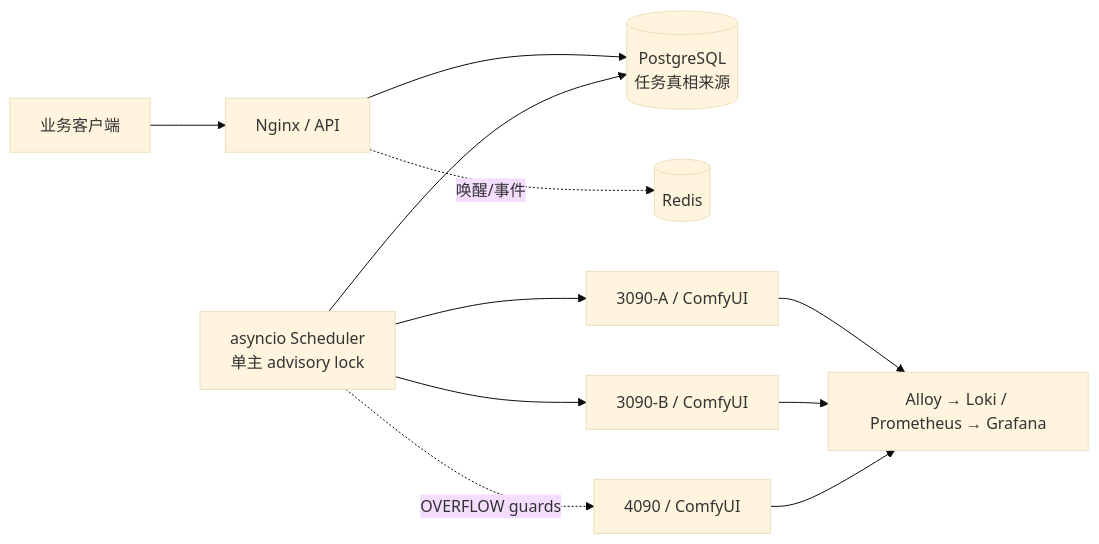
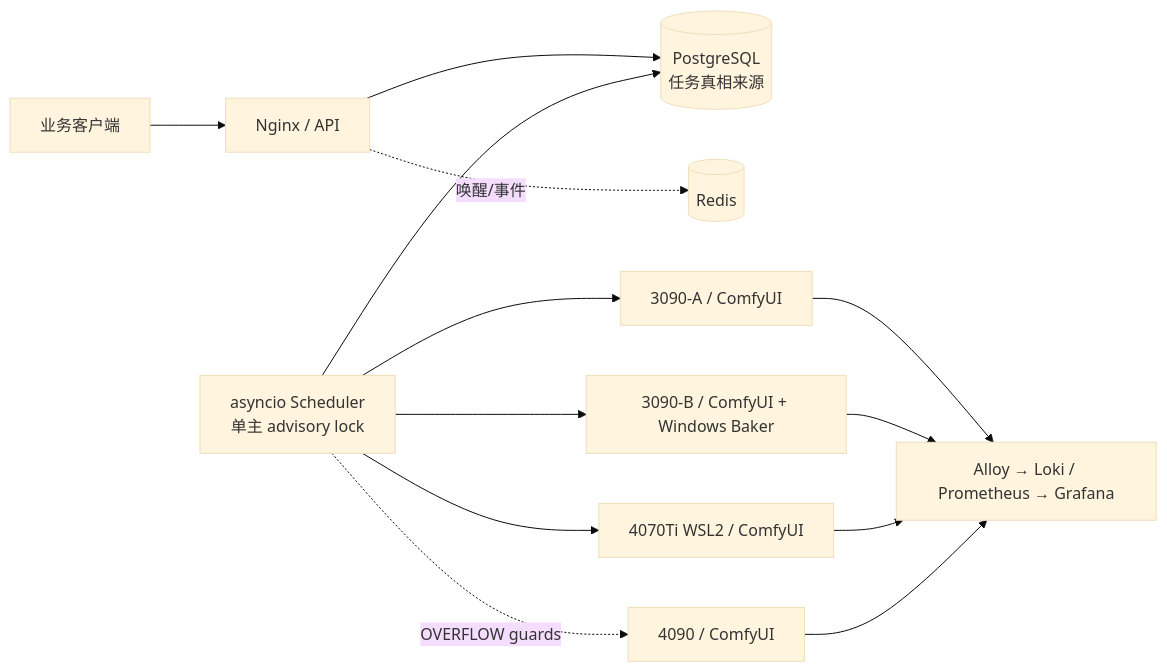
One commit to kiana0512/gpu_control changed the diagram in README.md. Above: the diagram before and after it, drawn with Mermaid (base theme). The commit also changed other lines of this file and 41 other files, not shown here.

````diff
--- a/README.md
+++ b/README.md
@@ -70,11 +69,12 @@
 ```mermaid
 flowchart LR
   C["业务客户端"] --> N["Nginx / API"]
   N --> P[("PostgreSQL\n任务真相来源")]
   N -.唤醒/事件.-> R[("Redis")]
   S["asyncio Scheduler\n单主 advisory lock"] --> P
   S --> A["3090-A / ComfyUI"]
-  S --> B["3090-B / ComfyUI"]
+  S --> B["3090-B / ComfyUI + Windows Baker"]
+  S --> T["4070Ti WSL2 / ComfyUI"]
   S -.OVERFLOW guards.-> G["4090 / ComfyUI"]
-  A & B & G --> L["Alloy → Loki / Prometheus → Grafana"]
+  A & B & T & G --> L["Alloy → Loki / Prometheus → Grafana"]
 ```
````
